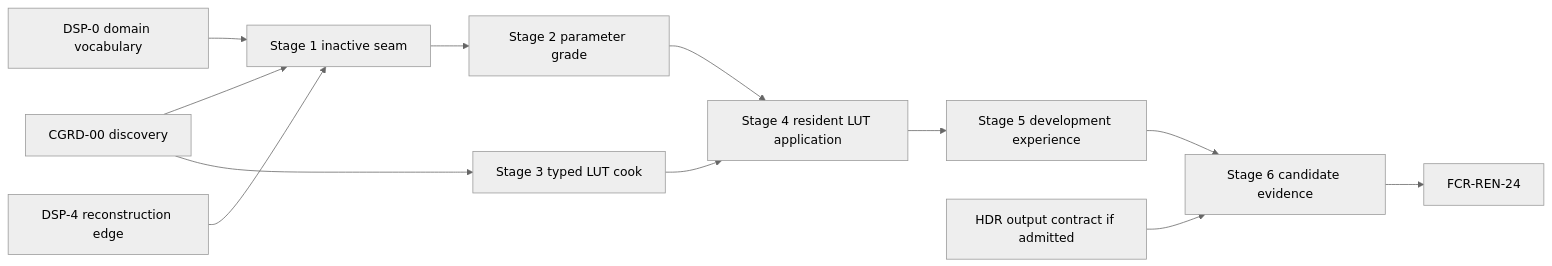
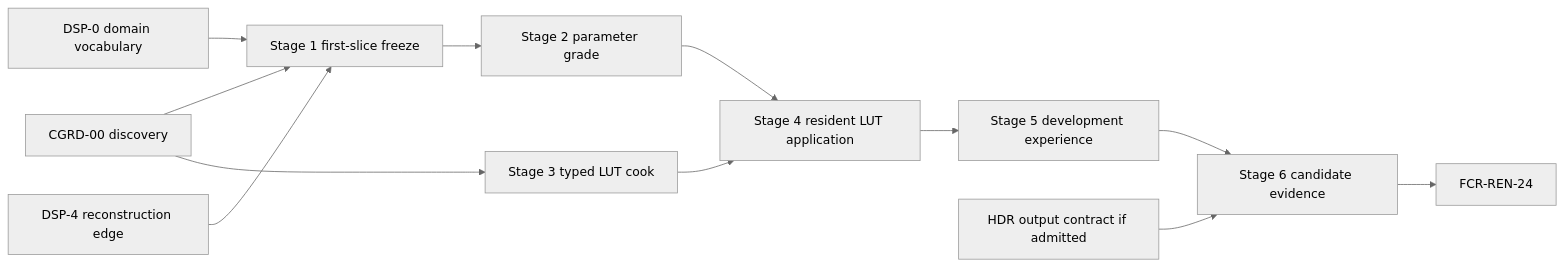
The diagram in Docs/Architecture/Modules/Engine/Renderer/Features/PostProcessing/DisplayPipeline/ColorGrading/ImplementationPlan.md (LisowskiPawel/SparkleEngine), drawn with Mermaid (neutral theme) before and after one commit. The commit also changed other lines of this file and 132 other files, not shown here.

````diff
--- a/Docs/Architecture/Modules/Engine/Renderer/Features/PostProcessing/DisplayPipeline/ColorGrading/ImplementationPlan.md
+++ b/Docs/Architecture/Modules/Engine/Renderer/Features/PostProcessing/DisplayPipeline/ColorGrading/ImplementationPlan.md
@@ -27,14 +27,14 @@
 ```mermaid
 flowchart LR
-    D0[CGRD-00 discovery] --> S1[Stage 1 inactive seam]
+    D0[CGRD-00 discovery] --> S1[Stage 1 first-slice freeze]
     DSP0[DSP-0 domain vocabulary] --> S1
     DSP4[DSP-4 reconstruction edge] --> S1
     S1 --> S2[Stage 2 parameter grade]
     D0 --> S3[Stage 3 typed LUT cook]
     S2 --> S4[Stage 4 resident LUT application]
     S3 --> S4
     S4 --> S5[Stage 5 development experience]
     S5 --> S6[Stage 6 candidate evidence]
     HDR[HDR output contract if admitted] --> S6
     S6 --> FCR[FCR-REN-24]
 ```
````
